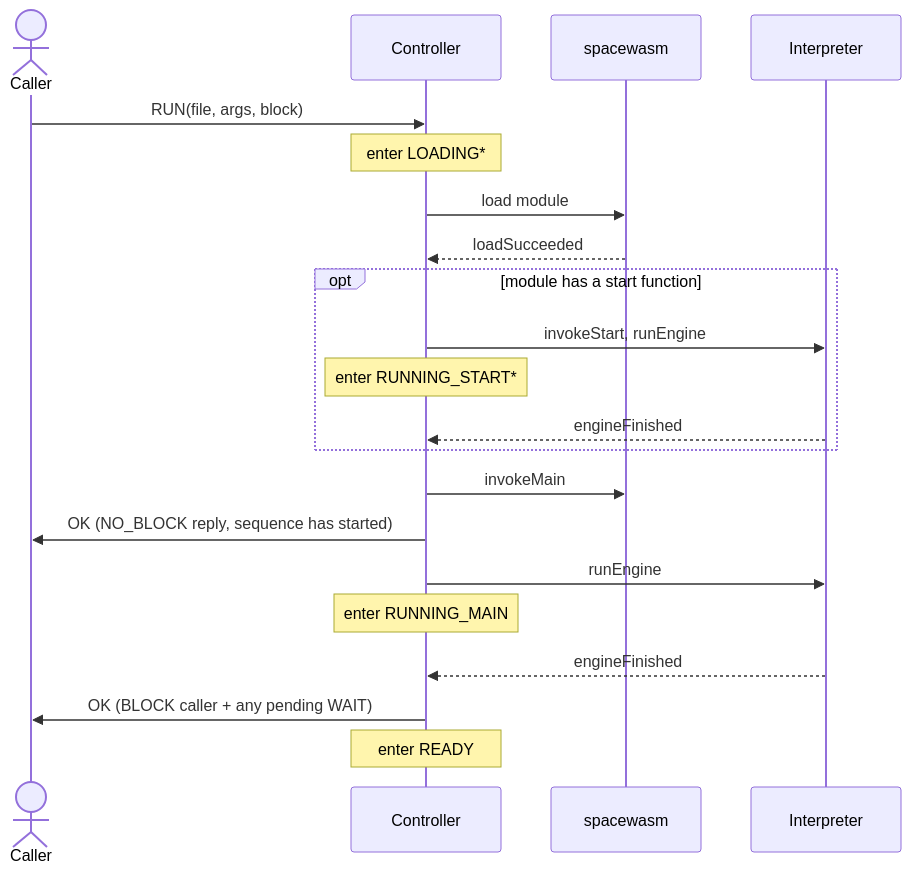
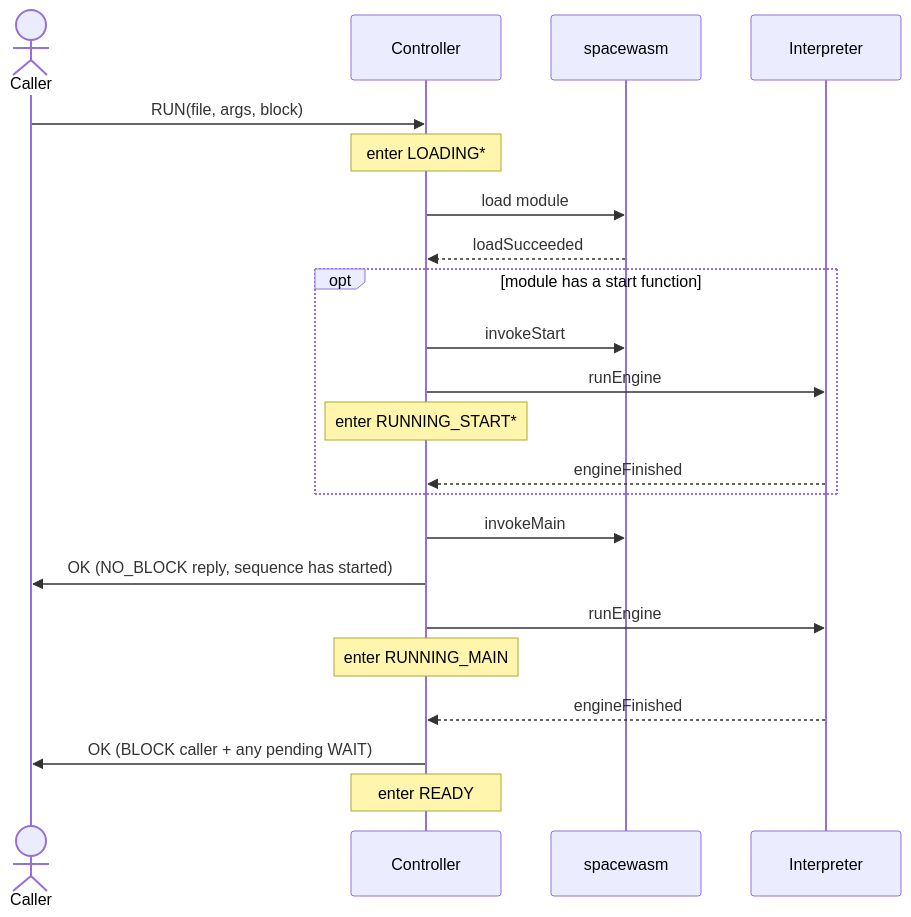
Before and after one commit to nasa/fprime: the diagram in Svc/WasmSequencer/docs/sdd.md, drawn with Mermaid.

Commit message:
Fix seq diagram signals

````diff
--- a/Svc/WasmSequencer/docs/sdd.md
+++ b/Svc/WasmSequencer/docs/sdd.md
@@ -117,26 +117,27 @@
 ```mermaid
 sequenceDiagram
     actor Caller
     participant Ctrl as Controller
     participant Engine as spacewasm
     participant Interp as Interpreter
 
     Caller->>Ctrl: RUN(file, args, block)
     Note over Ctrl: enter LOADING*
     Ctrl->>Engine: load module
     Engine-->>Ctrl: loadSucceeded
 
     opt module has a start function
-        Ctrl->>Interp: invokeStart, runEngine
+        Ctrl->>Engine: invokeStart
+        Ctrl->>Interp: runEngine
         Note over Ctrl: enter RUNNING_START*
         Interp-->>Ctrl: engineFinished
     end
 
     Ctrl->>Engine: invokeMain
     Ctrl->>Caller: OK (NO_BLOCK reply, sequence has started)
     Ctrl->>Interp: runEngine
     Note over Ctrl: enter RUNNING_MAIN
     Interp-->>Ctrl: engineFinished
     Ctrl->>Caller: OK (BLOCK caller + any pending WAIT)
     Note over Ctrl: enter READY
 ```
````
